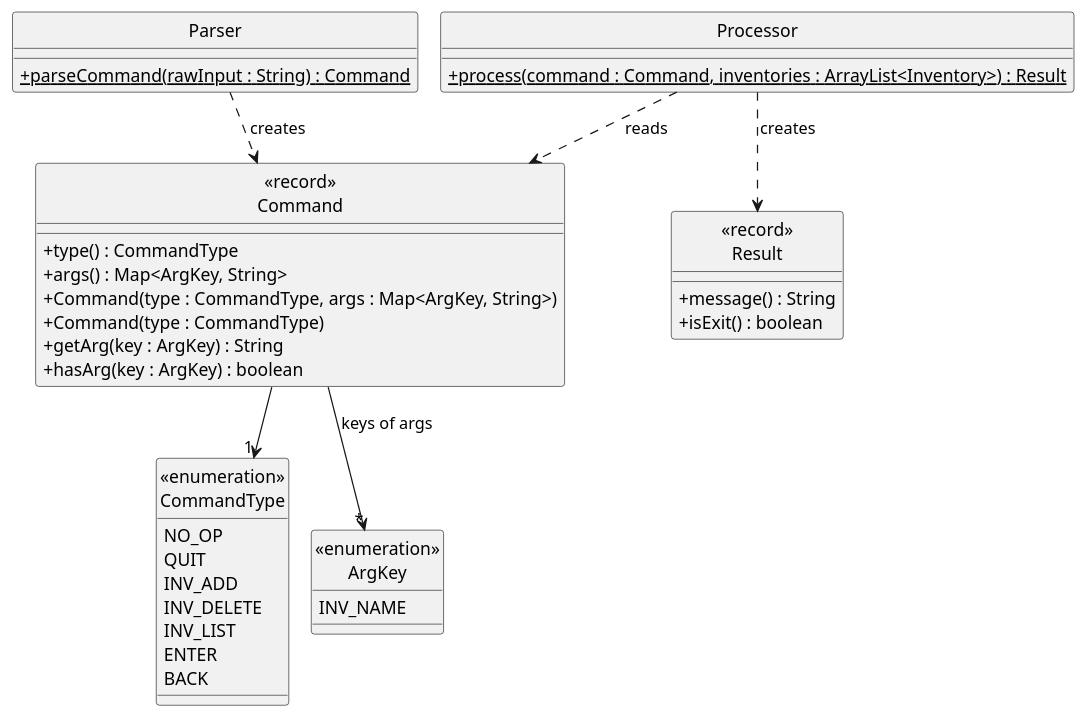
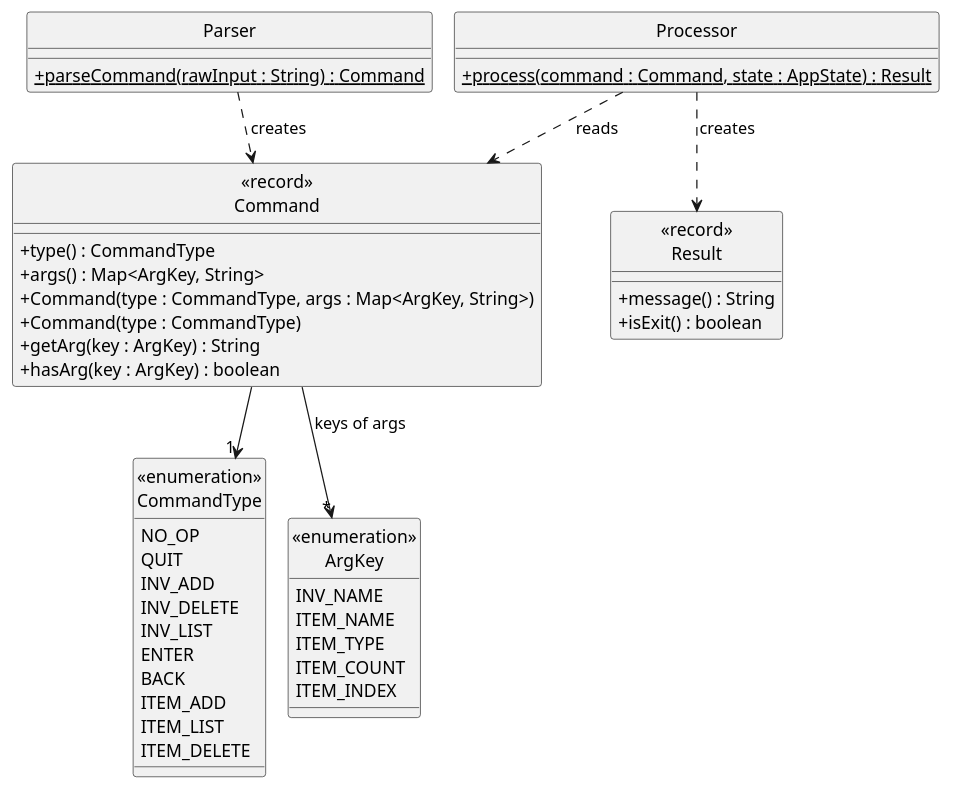
The diagram in docs/diagrams/CommandClassDiagram.puml (AY2627S1-CS2113-W14-4/tp), drawn with PlantUML before and after one commit. The commit also changed 8 other files, not shown here.

```diff
--- a/docs/diagrams/CommandClassDiagram.puml
+++ b/docs/diagrams/CommandClassDiagram.puml
@@ -1,47 +1,54 @@
 @startuml
 !pragma layout smetana
 hide circle
 skinparam classAttributeIconSize 0
 
 class "<<record>>\nCommand" as Command {
     + type() : CommandType
     + args() : Map<ArgKey, String>
     + Command(type : CommandType, args : Map<ArgKey, String>)
     + Command(type : CommandType)
     + getArg(key : ArgKey) : String
     + hasArg(key : ArgKey) : boolean
 }
 
 enum "<<enumeration>>\nCommandType" as CommandType {
     NO_OP
     QUIT
     INV_ADD
     INV_DELETE
     INV_LIST
     ENTER
     BACK
+    ITEM_ADD
+    ITEM_LIST
+    ITEM_DELETE
 }
 
 enum "<<enumeration>>\nArgKey" as ArgKey {
     INV_NAME
+    ITEM_NAME
+    ITEM_TYPE
+    ITEM_COUNT
+    ITEM_INDEX
 }
 
 class "<<record>>\nResult" as Result {
     + message() : String
     + isExit() : boolean
 }
 
 class Parser {
     + {static} parseCommand(rawInput : String) : Command
 }
 
 class Processor {
-    + {static} process(command : Command, inventories : ArrayList<Inventory>) : Result
+    + {static} process(command : Command, state : AppState) : Result
 }
 
 Command --> "1" CommandType
 Command --> "*" ArgKey : keys of args
 Parser ..> Command : creates
 Processor ..> Command : reads
 Processor ..> Result : creates
 @enduml
```
